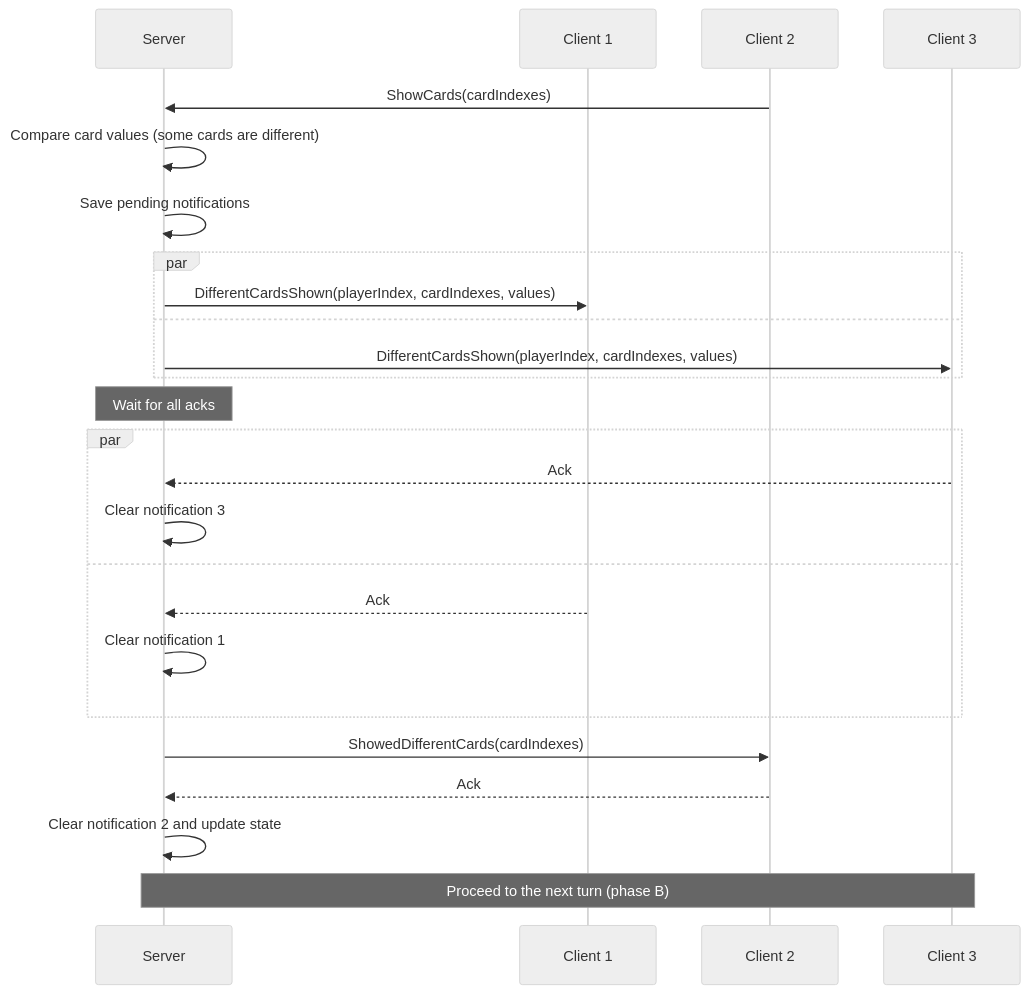
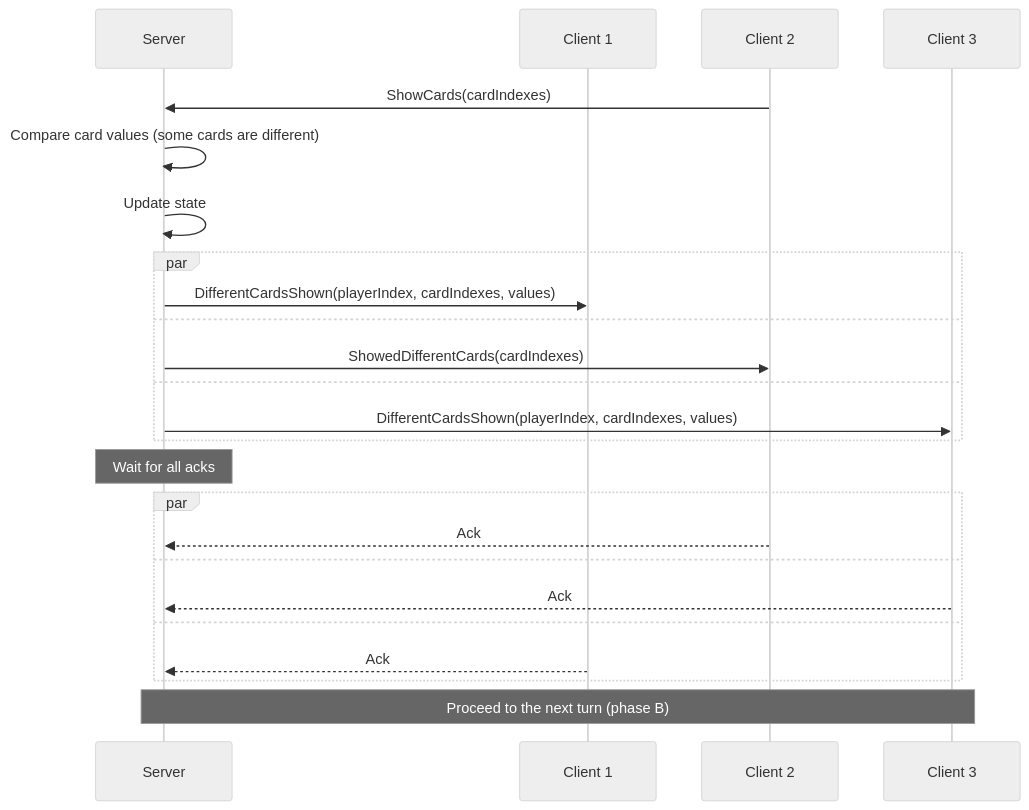
One commit to roman-zubarevich/another changed the seventh of 15 diagrams in README.md. Above: the diagram before and after it, drawn with Mermaid (neutral theme). The commit also changed other lines of this file, not shown here.

````diff
--- a/README.md
+++ b/README.md
@@ -191,27 +181,26 @@
 ```mermaid
 sequenceDiagram
     participant S as Server
     participant C1 as Client 1
     participant C2 as Client 2
     participant C3 as Client 3
     C2->>S: ShowCards(cardIndexes)
     S->>S: Compare card values (some cards are different)
-    S->>S: Save pending notifications
+    S->>S: Update state
     par
         S->>C1: DifferentCardsShown(playerIndex, cardIndexes, values)
+    and
+        S->>C2: ShowedDifferentCards(cardIndexes)
     and
         S->>C3: DifferentCardsShown(playerIndex, cardIndexes, values)
     end
     Note over S: Wait for all acks
     par
+        C2-->>S: Ack
+    and
         C3-->>S: Ack
-        S->>S: Clear notification 3
     and
         C1-->>S: Ack
-        S->>S: Clear notification 1
     end
-    S->>C2: ShowedDifferentCards(cardIndexes)
-    C2-->>S: Ack
-    S->>S: Clear notification 2 and update state
     Note over S,C3: Proceed to the next turn (phase B)
 ```
````
